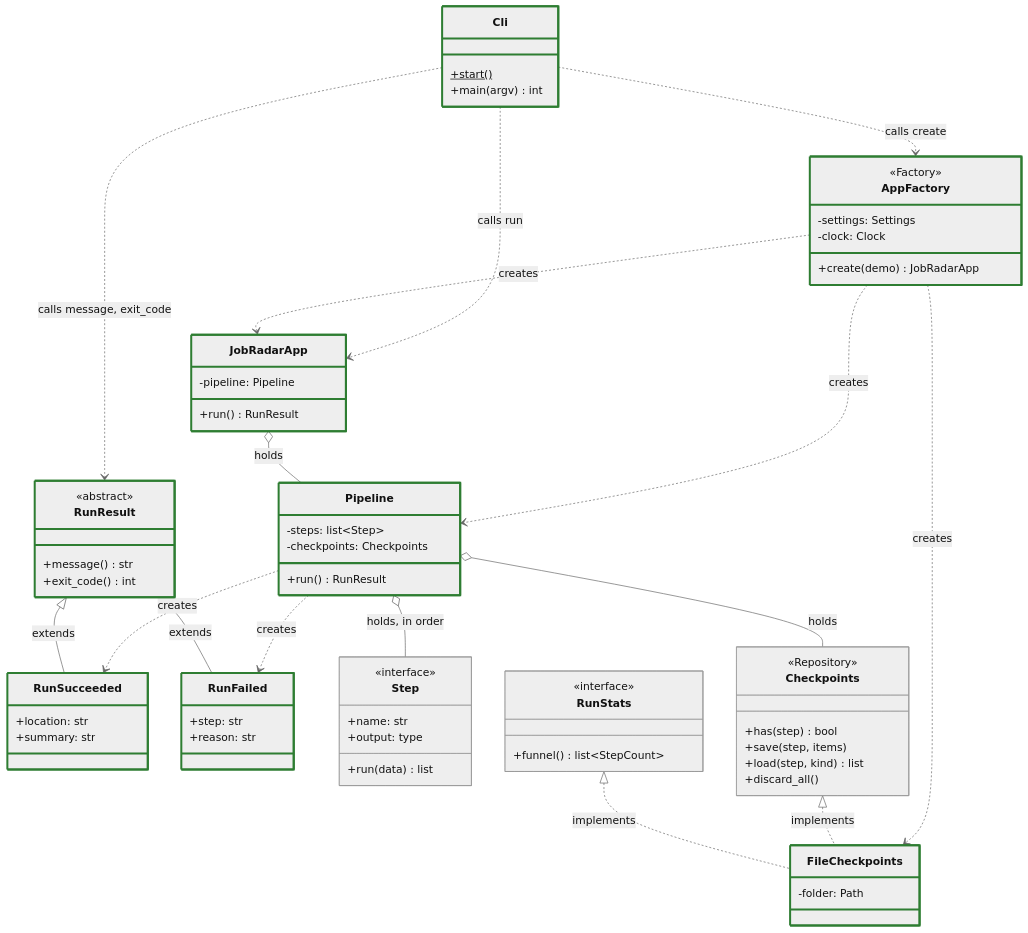
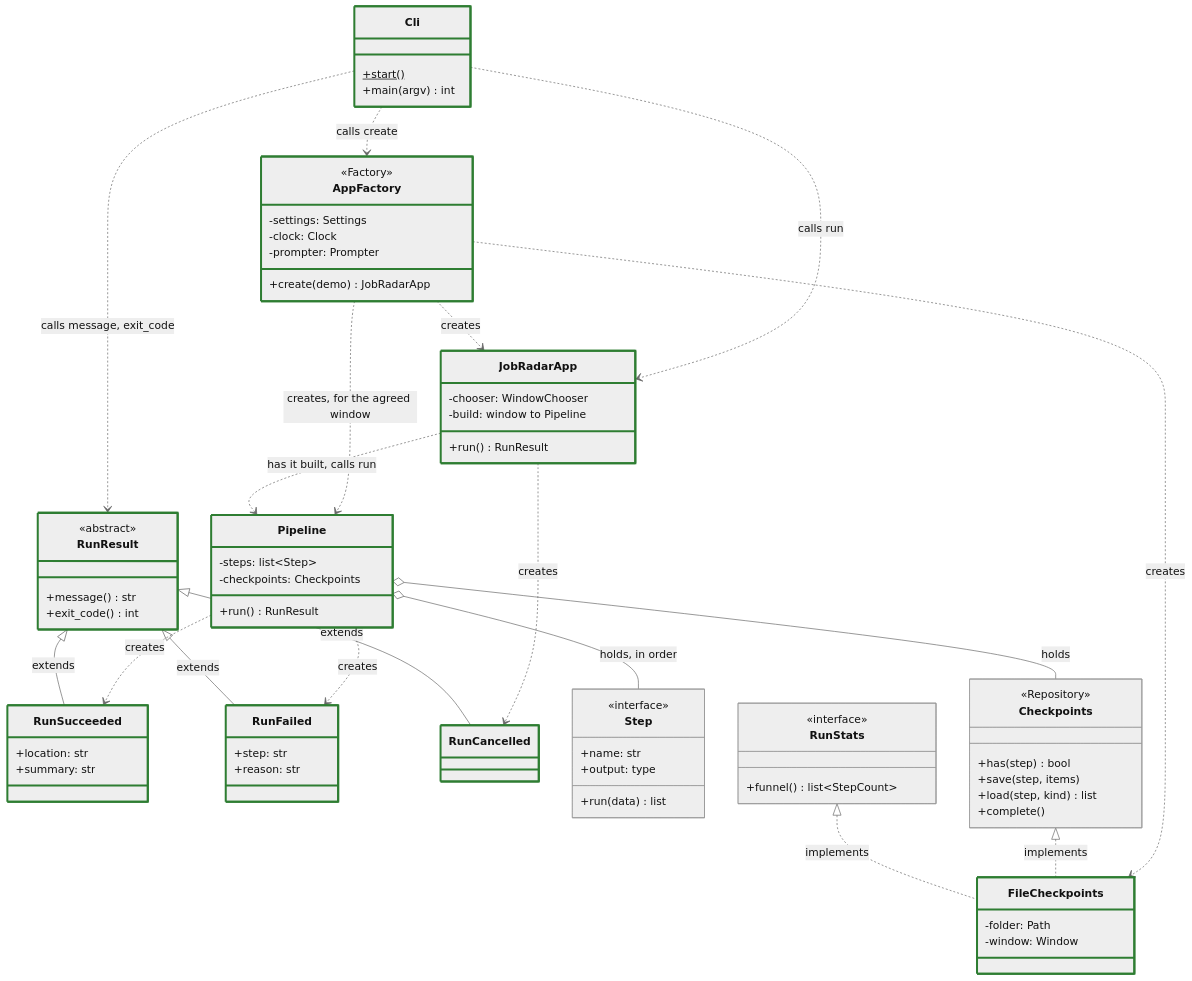
One commit to adailida/job-radar changed the first of 5 diagrams in docs/architecture.md. Above: the diagram before and after it, drawn with Mermaid (neutral theme). The commit also changed other lines of this file and 26 other files, not shown here.

First line of the commit message:
Task 4: Time window, agreed before the run (#4)

````diff
--- a/docs/architecture.md
+++ b/docs/architecture.md
@@ -31,10 +31,12 @@
         <<Factory>>
         -settings: Settings
         -clock: Clock
+        -prompter: Prompter
         +create(demo) JobRadarApp
     }
     class JobRadarApp {
-        -pipeline: Pipeline
+        -chooser: WindowChooser
+        -build: window to Pipeline
         +run() RunResult
     }
     class RunResult {
@@ -50,6 +52,7 @@
         +step: str
         +reason: str
     }
+    class RunCancelled
     class Pipeline {
         -steps: list~Step~
         -checkpoints: Checkpoints
@@ -66,7 +69,7 @@
         +has(step) bool
         +save(step, items)
         +load(step, kind) list
-        +discard_all()
+        +complete()
     }
     class RunStats {
         <<interface>>
@@ -74,21 +77,24 @@
     }
     class FileCheckpoints {
         -folder: Path
+        -window: Window
     }
 
     Cli ..> AppFactory : calls create
     Cli ..> JobRadarApp : calls run
     Cli ..> RunResult : calls message, exit_code
     AppFactory ..> JobRadarApp : creates
-    AppFactory ..> Pipeline : creates
+    AppFactory ..> Pipeline : creates, for the agreed window
     AppFactory ..> FileCheckpoints : creates
-    JobRadarApp o-- Pipeline : holds
+    JobRadarApp ..> Pipeline : has it built, calls run
+    JobRadarApp ..> RunCancelled : creates
     Pipeline o-- Step : holds, in order
     Pipeline o-- Checkpoints : holds
     Pipeline ..> RunSucceeded : creates
     Pipeline ..> RunFailed : creates
     RunResult <|-- RunSucceeded : extends
     RunResult <|-- RunFailed : extends
+    RunResult <|-- RunCancelled : extends
     Checkpoints <|.. FileCheckpoints : implements
     RunStats <|.. FileCheckpoints : implements
 
@@ -98,6 +104,7 @@
     style RunResult stroke:#2e7d32,stroke-width:3px
     style RunSucceeded stroke:#2e7d32,stroke-width:3px
     style RunFailed stroke:#2e7d32,stroke-width:3px
+    style RunCancelled stroke:#2e7d32,stroke-width:3px
     style Pipeline stroke:#2e7d32,stroke-width:3px
     style FileCheckpoints stroke:#2e7d32,stroke-width:3px
 ```
````
